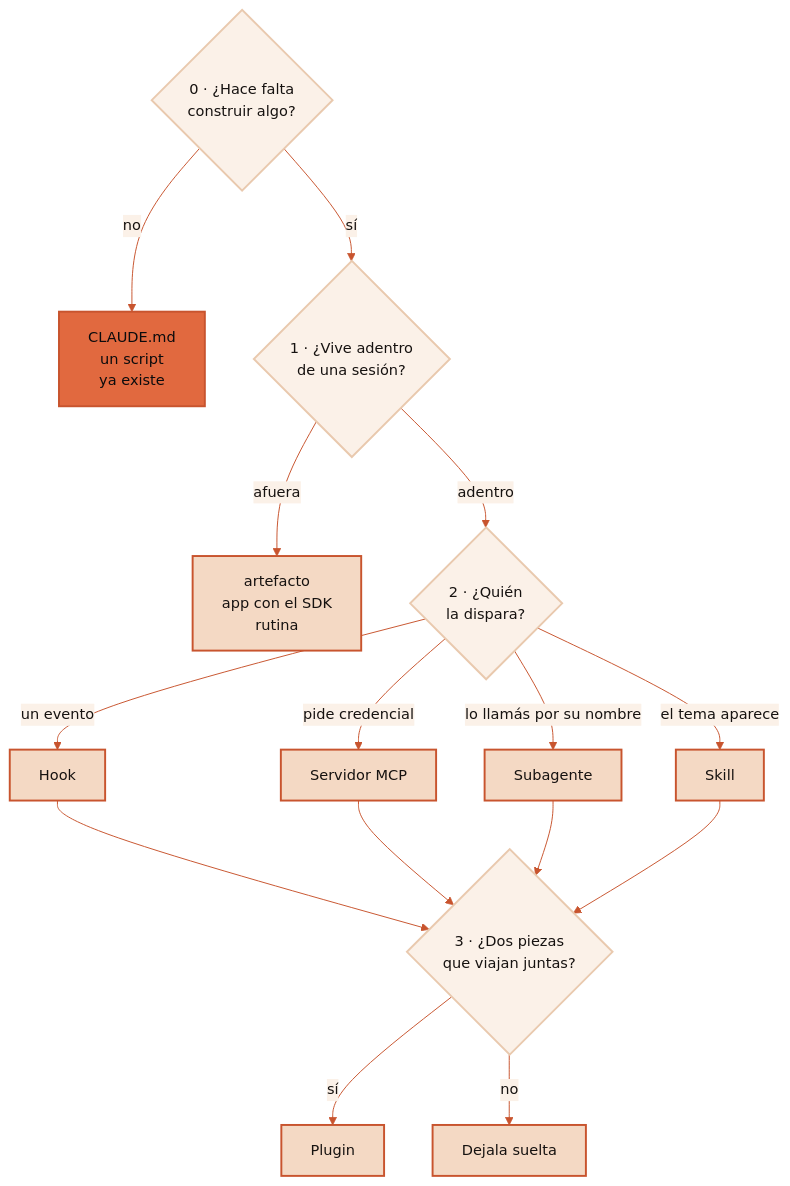
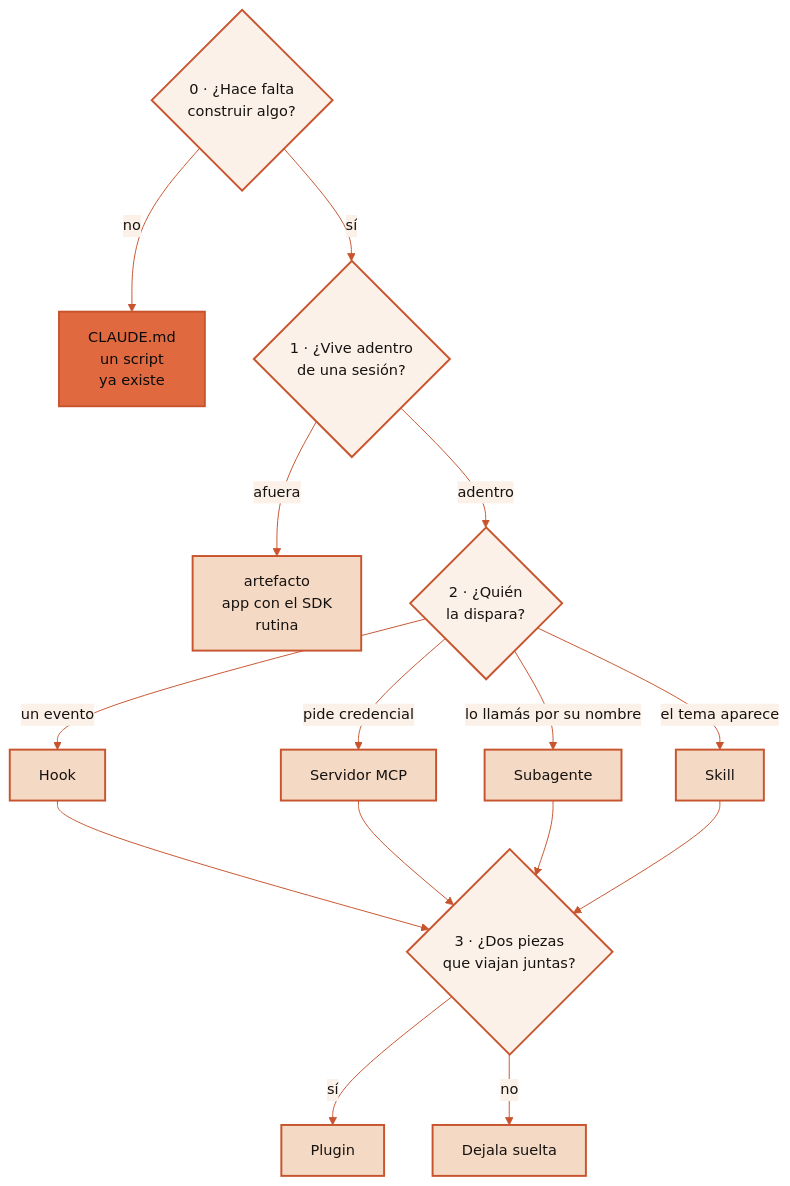
The diagram in README.md (Hainrixz/claude-anatomy), drawn with Mermaid before and after one commit. The commit also changed other lines of this file and 16 other files, not shown here.

````diff
--- a/README.md
+++ b/README.md
@@ -166,39 +167,39 @@
 ```mermaid
 %%{init: {"theme":"base","themeVariables":{"lineColor":"#C8542E","primaryColor":"#FBF1E8","primaryTextColor":"#161210","primaryBorderColor":"#E9C9AE","edgeLabelBackground":"#FBF1E8","fontSize":"15px"}}}%%
 flowchart TD
     P0{"0 · ¿Hace falta<br/>construir algo?"}
     NADA["CLAUDE.md<br/>un script<br/>ya existe"]
     P1{"1 · ¿Vive adentro<br/>de una sesión?"}
     FUERA["artefacto<br/>app con el SDK<br/>rutina"]
     P2{"2 · ¿Quién<br/>la dispara?"}
     HOOK["Hook"]
     MCP["Servidor MCP"]
     SUB["Subagente"]
     SKILL["Skill"]
     P3{"3 · ¿Dos piezas<br/>que viajan juntas?"}
     PLUG["Plugin"]
     SUELTO["Dejala suelta"]
 
     P0 -->|no| NADA
     P0 -->|sí| P1
     P1 -->|afuera| FUERA
     P1 -->|adentro| P2
     P2 -->|un evento| HOOK
     P2 -->|pide credencial| MCP
     P2 -->|lo llamás por su nombre| SUB
     P2 -->|el tema aparece| SKILL
     HOOK --> P3
     MCP --> P3
     SUB --> P3
     SKILL --> P3
     P3 -->|sí| PLUG
     P3 -->|no| SUELTO
 
-    classDef pregunta fill:#FBF1E8,stroke:#E9C9AE,stroke-width:2px,color:#161210
+    classDef pregunta fill:#FBF1E8,stroke:#C8542E,stroke-width:2px,color:#161210
     classDef pieza fill:#F4D9C4,stroke:#C8542E,stroke-width:2px,color:#161210
     classDef foco fill:#E1693F,stroke:#C8542E,stroke-width:2px,color:#0B0B0D
 
     class P0,P1,P2,P3 pregunta
     class FUERA,HOOK,MCP,SUB,SKILL,PLUG,SUELTO pieza
     class NADA foco
 ```
````
